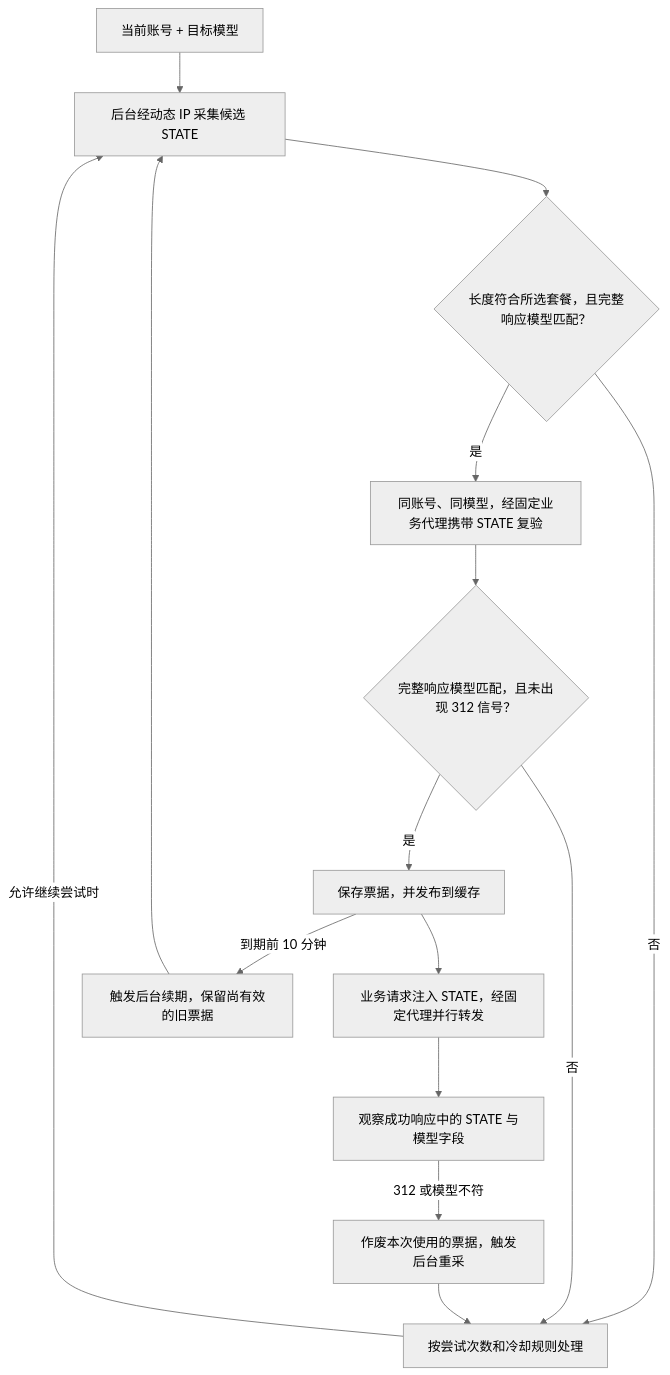
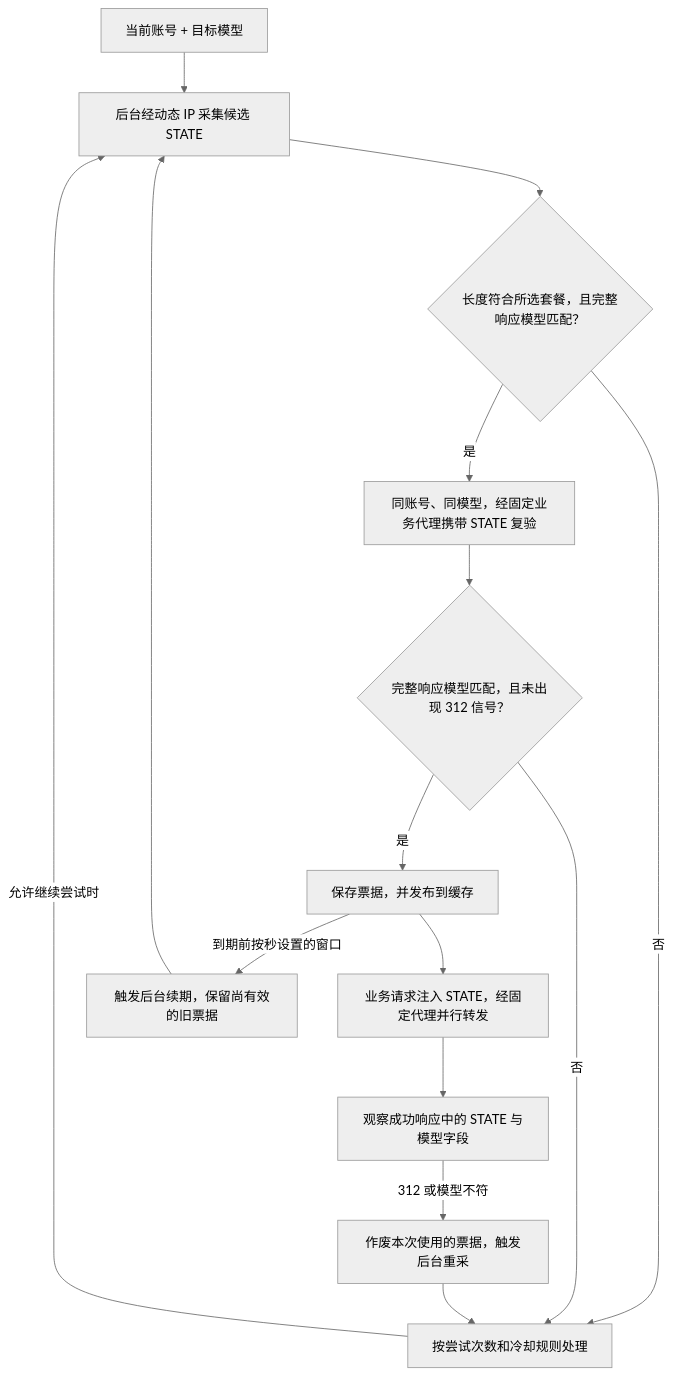
One commit to zhang2580384/sub2api-state-kit changed the diagram in README.md. Above: the diagram before and after it, drawn with Mermaid (neutral theme). The commit also changed other lines of this file and 12 other files, not shown here.

````diff
--- a/README.md
+++ b/README.md
@@ -160,17 +160,17 @@
 ```mermaid
 flowchart TD
     A["当前账号 + 目标模型"] --> B["后台经动态 IP 采集候选 STATE"]
     B --> C{"长度符合所选套餐，且完整响应模型匹配？"}
     C -->|是| D["同账号、同模型，经固定业务代理携带 STATE 复验"]
     C -->|否| R["按尝试次数和冷却规则处理"]
     D --> E{"完整响应模型匹配，且未出现 312 信号？"}
     E -->|是| F["保存票据，并发布到缓存"]
     E -->|否| R
     F --> G["业务请求注入 STATE，经固定代理并行转发"]
     G --> H["观察成功响应中的 STATE 与模型字段"]
     H -->|312 或模型不符| I["作废本次使用的票据，触发后台重采"]
     I --> R
-    F -->|到期前 10 分钟| J["触发后台续期，保留尚有效的旧票据"]
+    F -->|到期前按秒设置的窗口| J["触发后台续期，保留尚有效的旧票据"]
     J --> B
     R -->|允许继续尝试时| B
 ```
````
